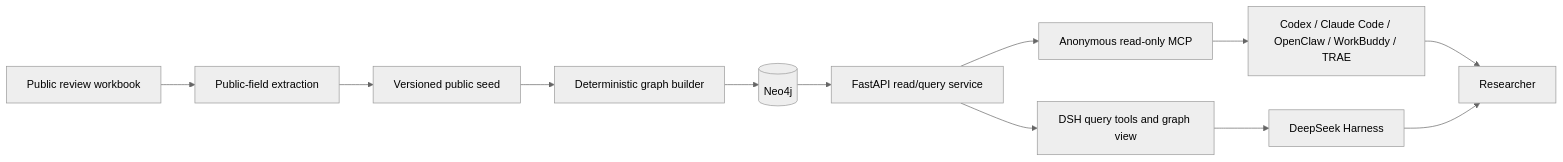
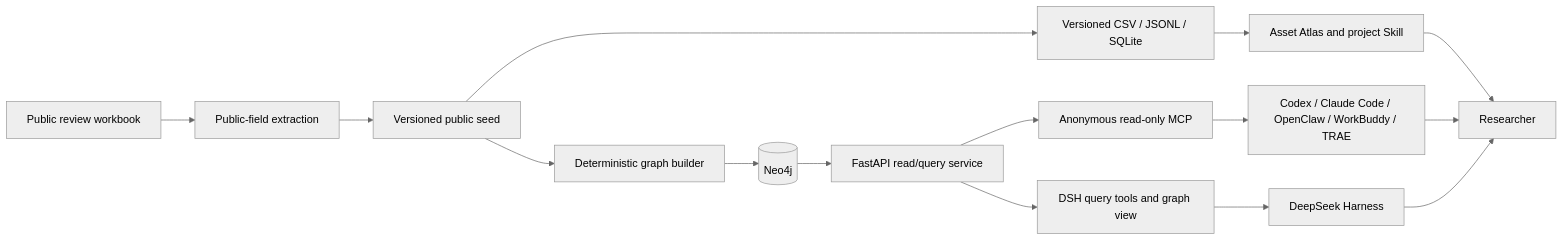
One commit to jianchuanqi/global-lca-asset changed the first of 3 diagrams in docs/architecture.md. Above: the diagram before and after it, drawn with Mermaid (neutral theme). The commit also changed other lines of this file and 55 other files, not shown here.

First line of the commit message:
feat: add asset-atlas package with TypeScript configuration and Vite setup

````diff
--- a/docs/architecture.md
+++ b/docs/architecture.md
@@ -7,14 +7,17 @@
 ```mermaid
 flowchart LR
     W[Public review workbook] --> P[Public-field extraction]
     P --> S[Versioned public seed]
+    S --> K[Versioned CSV / JSONL / SQLite]
+    K --> T[Asset Atlas and project Skill]
     S --> I[Deterministic graph builder]
     I --> N[(Neo4j)]
     N --> A[FastAPI read/query service]
     A --> M[Anonymous read-only MCP]
     M --> H[Codex / Claude Code / OpenClaw / WorkBuddy / TRAE]
     A --> D[DSH query tools and graph view]
     D --> H2[DeepSeek Harness]
+    T --> U[Researcher]
     H --> U[Researcher]
     H2 --> U
 ```
````
